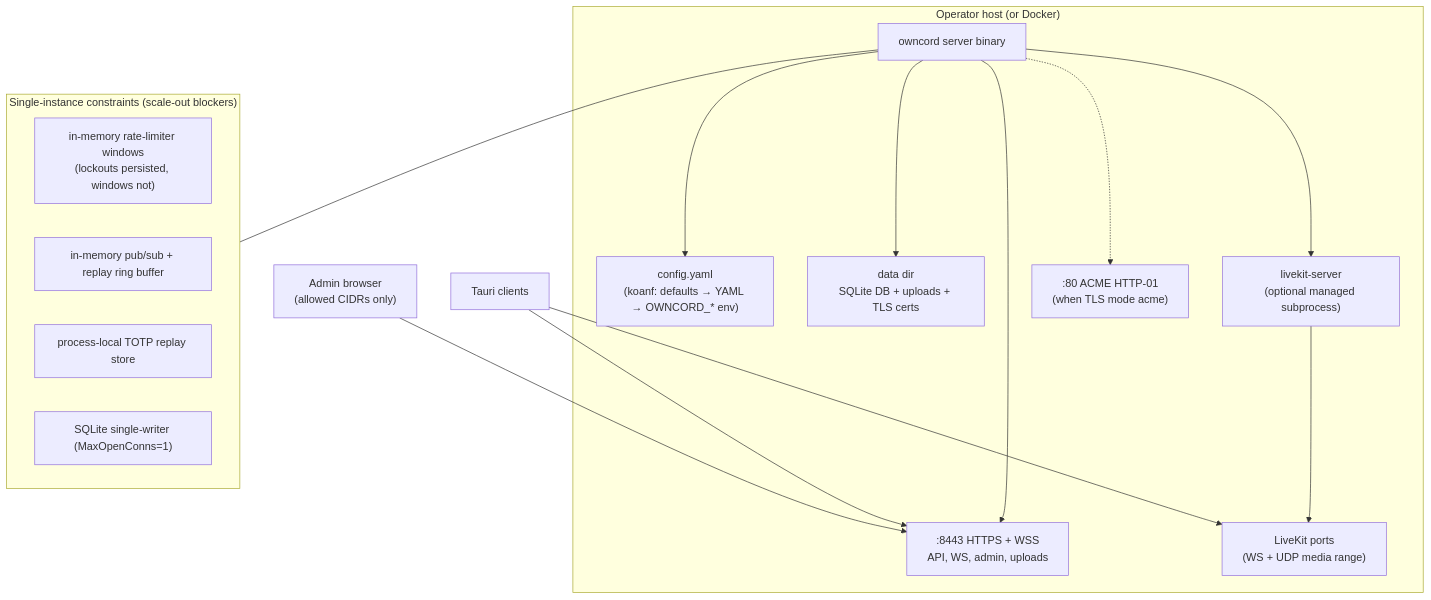
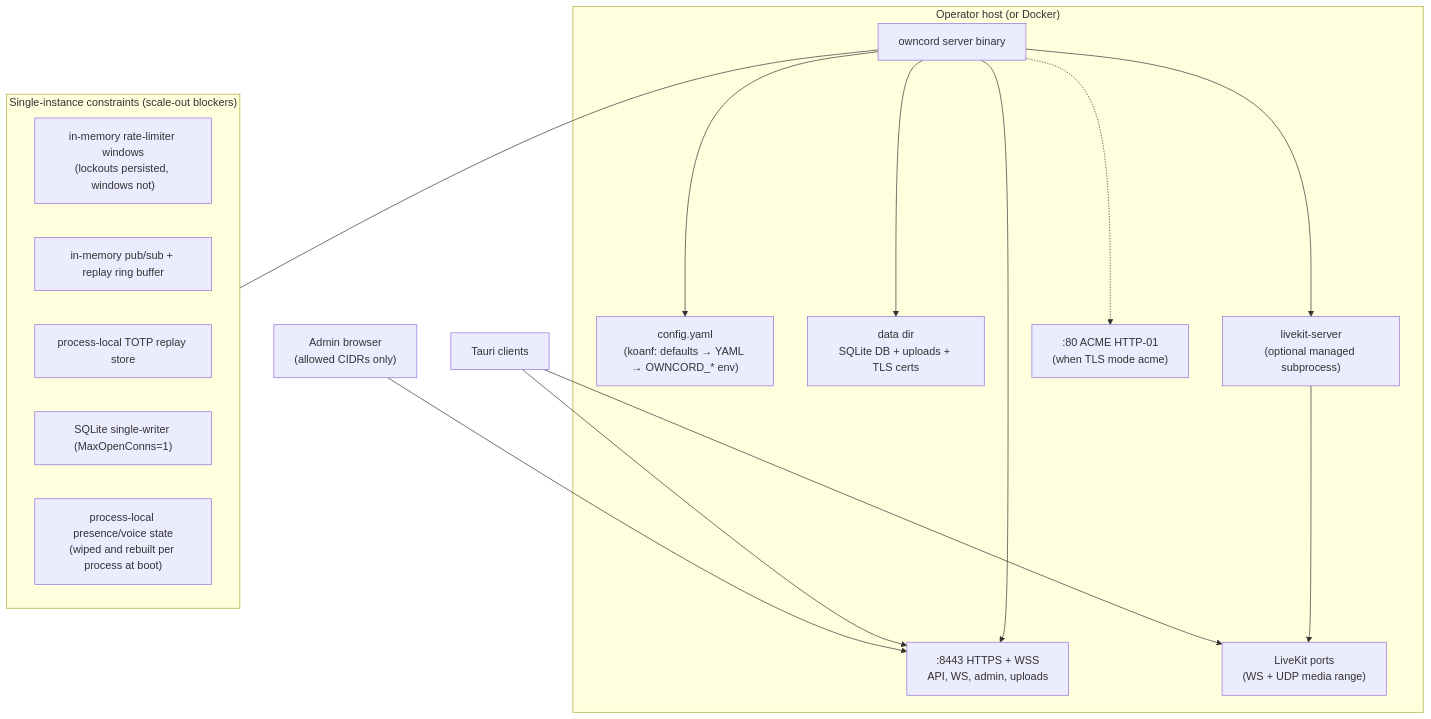
The second of 2 diagrams in docs/architecture/system-overview.md (J3vb/OwnCord), drawn with Mermaid before and after one commit. The commit also changed other lines of this file and 96 other files, not shown here.

````diff
--- a/docs/architecture/system-overview.md
+++ b/docs/architecture/system-overview.md
@@ -61,24 +61,25 @@
 ```mermaid
 flowchart TB
     subgraph hostbox ["Operator host (or Docker)"]
         BIN["owncord server binary"]
         BIN --> CFGF["config.yaml<br/>(koanf: defaults → YAML → OWNCORD_* env)"]
         BIN --> DATA["data dir<br/>SQLite DB + uploads + TLS certs"]
         BIN --> LKPROC["livekit-server<br/>(optional managed subprocess)"]
         BIN --> P1[":8443 HTTPS + WSS<br/>API, WS, admin, uploads"]
         BIN -.-> P80[":80 ACME HTTP-01<br/>(when TLS mode acme)"]
         LKPROC --> P2["LiveKit ports<br/>(WS + UDP media range)"]
     end
 
     C1["Tauri clients"] --> P1
     C1 --> P2
     ADMB["Admin browser<br/>(allowed CIDRs only)"] --> P1
 
     subgraph constraints ["Single-instance constraints (scale-out blockers)"]
         R1["in-memory rate-limiter windows<br/>(lockouts persisted, windows not)"]
         R2["in-memory pub/sub + replay ring buffer"]
         R3["process-local TOTP replay store"]
         R4["SQLite single-writer (MaxOpenConns=1)"]
+        R5["process-local presence/voice state<br/>(wiped and rebuilt per process at boot)"]
     end
     BIN --- constraints
 ```
````
